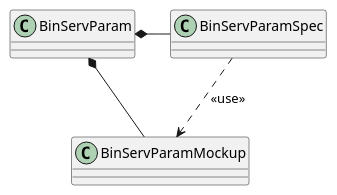
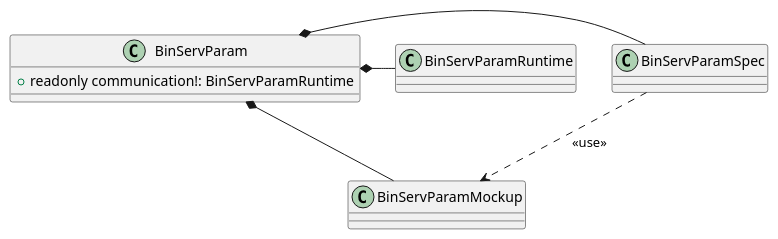
One commit to p2o-lab/polaris-backend changed the diagram in src/modularPlantManager/pea/dataAssembly/operationElement/servParam/binServParam/BinServParam.puml. Above: the diagram before and after it, drawn with PlantUML. The commit also changed 69 other files, not shown here.

```diff
--- a/src/modularPlantManager/pea/dataAssembly/operationElement/servParam/binServParam/BinServParam.puml
+++ b/src/modularPlantManager/pea/dataAssembly/operationElement/servParam/binServParam/BinServParam.puml
@@ -1,8 +1,12 @@
 @startuml
 'https://plantuml.com/class-diagram
+class BinServParam{
+  + readonly communication!: BinServParamRuntime
 
+}
 BinServParam *- BinServParamSpec
 BinServParamSpec ..> BinServParamMockup : <<use>>
 BinServParam *- BinServParamMockup
+BinServParam *- BinServParamRuntime
 
 @enduml
```
